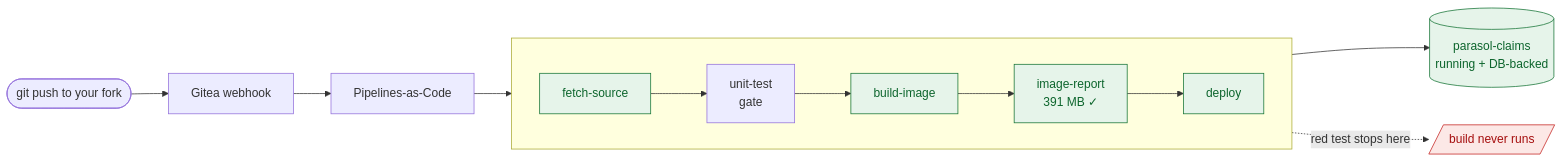
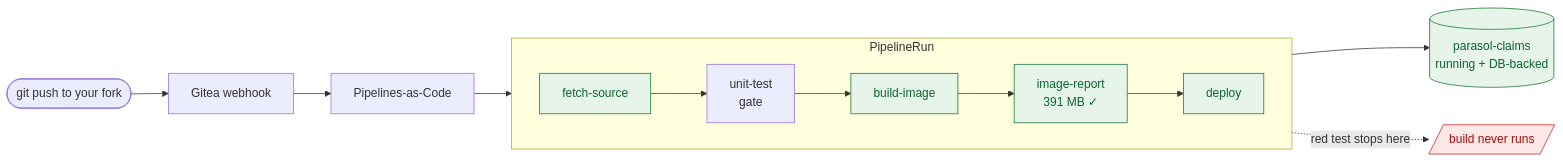
One commit to serhat-dirik/OCP-Getting-Started-Revamped changed the diagram in content/modules/ROOT/examples/diagrams/pipelines-fundamentals/03-what-you-built.mmd. Above: the diagram before and after it, drawn with Mermaid. The commit also changed 4 other files, not shown here.

First line of the commit message:
fix(content): diagram accuracy, and the last of the vendored UI assets

```diff
--- a/content/modules/ROOT/examples/diagrams/pipelines-fundamentals/03-what-you-built.mmd
+++ b/content/modules/ROOT/examples/diagrams/pipelines-fundamentals/03-what-you-built.mmd
@@ -1,14 +1,14 @@
 flowchart LR
   PUSH([git push to your fork]) --> WH[Gitea webhook]
   WH --> PAC[Pipelines-as-Code]
-  PAC --> RUN[PipelineRun]
-  subgraph RUN[" "]
+  PAC --> RUN
+  subgraph RUN["PipelineRun"]
     direction LR
     A[fetch-source] --> B[unit-test<br/>gate] --> C[build-image] --> D[image-report<br/>391 MB ✓] --> E[deploy]
   end
   E --> APP[(parasol-claims<br/>running + DB-backed)]
   B -. "red test stops here" .-> STOP[/build never runs/]
   classDef g fill:#e6f4ea,stroke:#137333,color:#0d652d;
   classDef r fill:#fce8e6,stroke:#c5221f,color:#a50e0e;
   class A,C,D,E,APP g;
   class STOP r;
```
